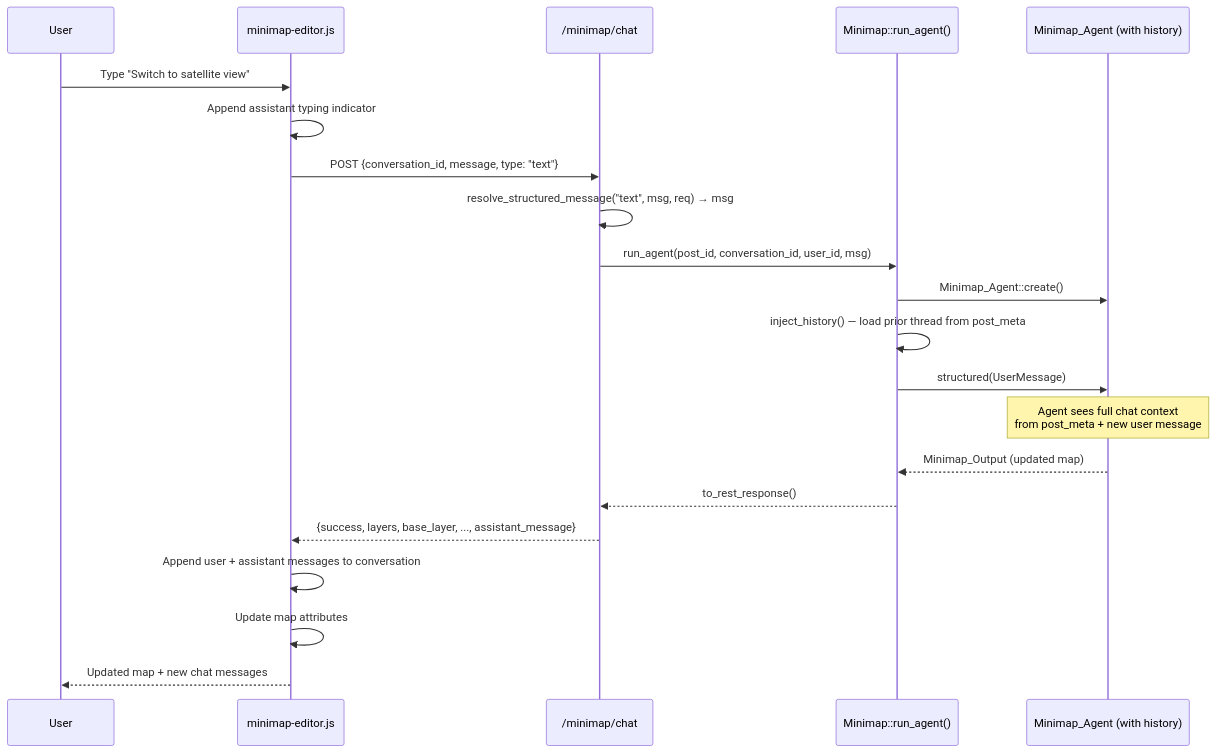
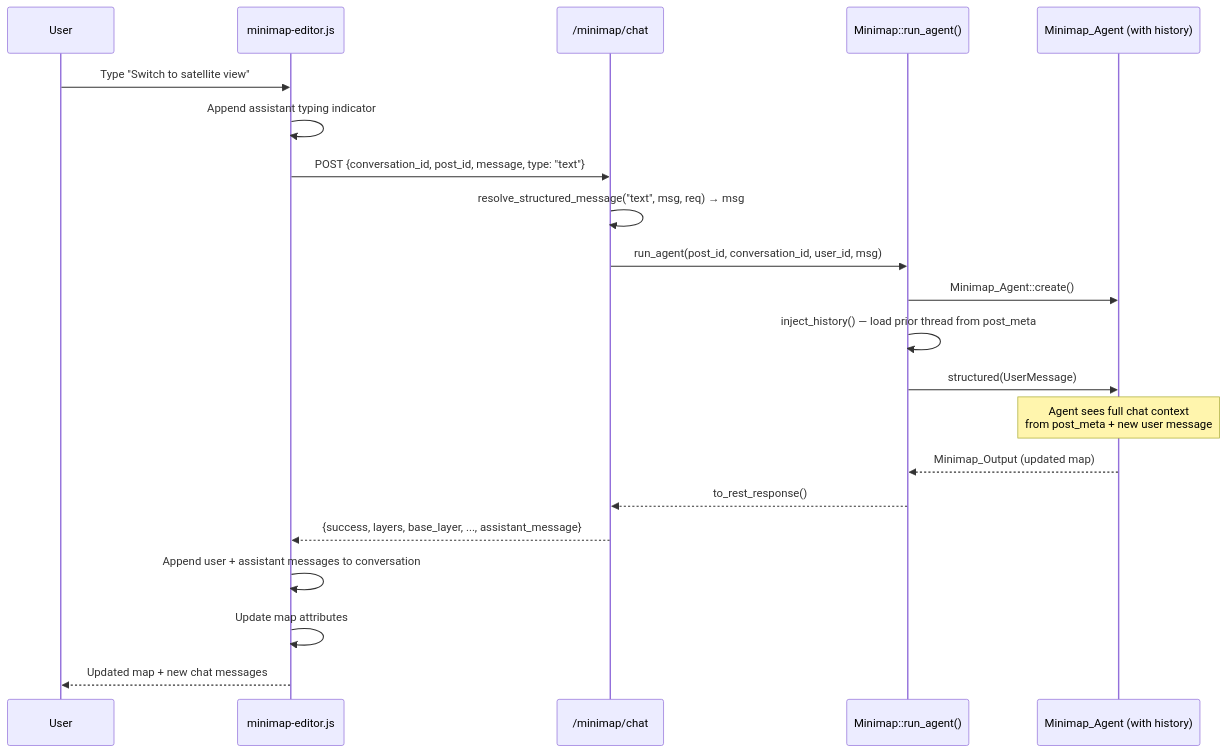
The seventh of 7 diagrams in .architecture/minimap/README.md (InfoAmazonia/jeo-plugin), drawn with Mermaid before and after one commit. The commit also changed other lines of this file and 2 other files, not shown here.

Commit message:
Make post ID required for prompt-based minimaps

````diff
--- a/.architecture/minimap/README.md
+++ b/.architecture/minimap/README.md
@@ -349,24 +349,24 @@
 ```mermaid
 sequenceDiagram
     participant U as User
     participant E as minimap-editor.js
     participant R as /minimap/chat
     participant M as Minimap::run_agent()
     participant A as Minimap_Agent (with history)
 
     U->>E: Type "Switch to satellite view"
     E->>E: Append assistant typing indicator
-    E->>R: POST {conversation_id, message, type: "text"}
+    E->>R: POST {conversation_id, post_id, message, type: "text"}
     R->>R: resolve_structured_message("text", msg, req) → msg
     R->>M: run_agent(post_id, conversation_id, user_id, msg)
     M->>A: Minimap_Agent::create()
     M->>M: inject_history() — load prior thread from post_meta
     M->>A: structured(UserMessage)
     Note over A: Agent sees full chat context<br/>from post_meta + new user message
     A-->>M: Minimap_Output (updated map)
     M-->>R: to_rest_response()
     R-->>E: {success, layers, base_layer, ..., assistant_message}
     E->>E: Append user + assistant messages to conversation
     E->>E: Update map attributes
     E-->>U: Updated map + new chat messages
 ```
````
